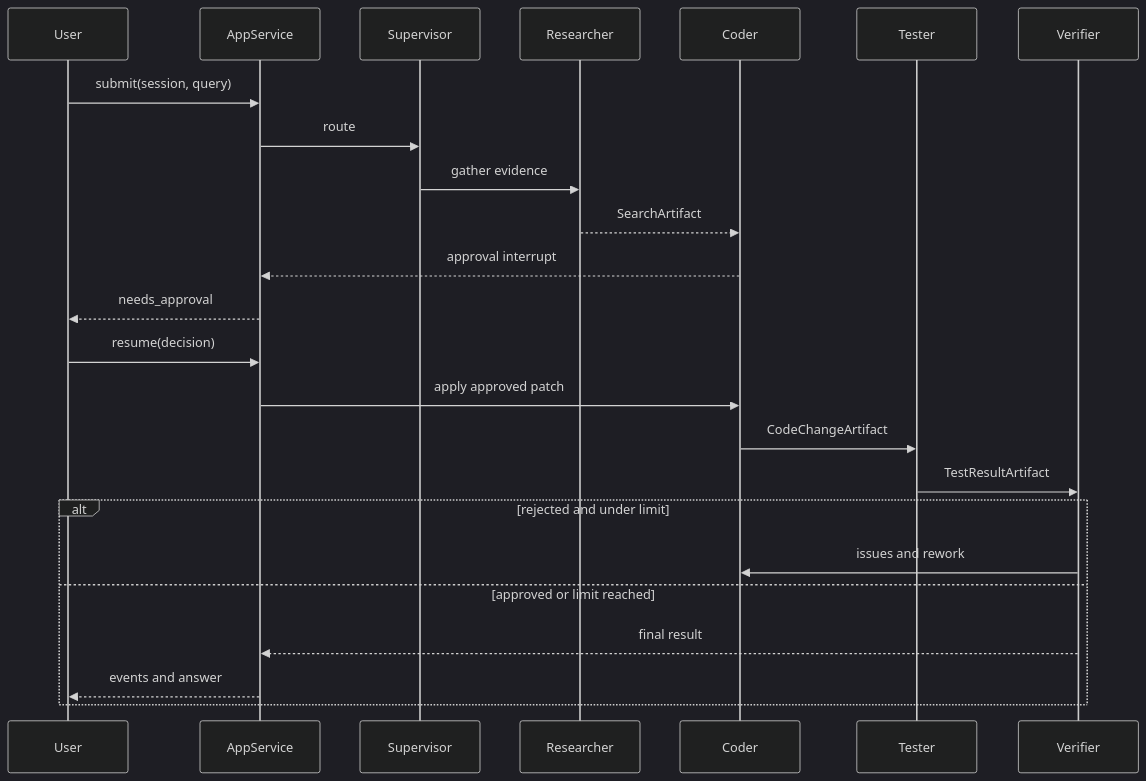
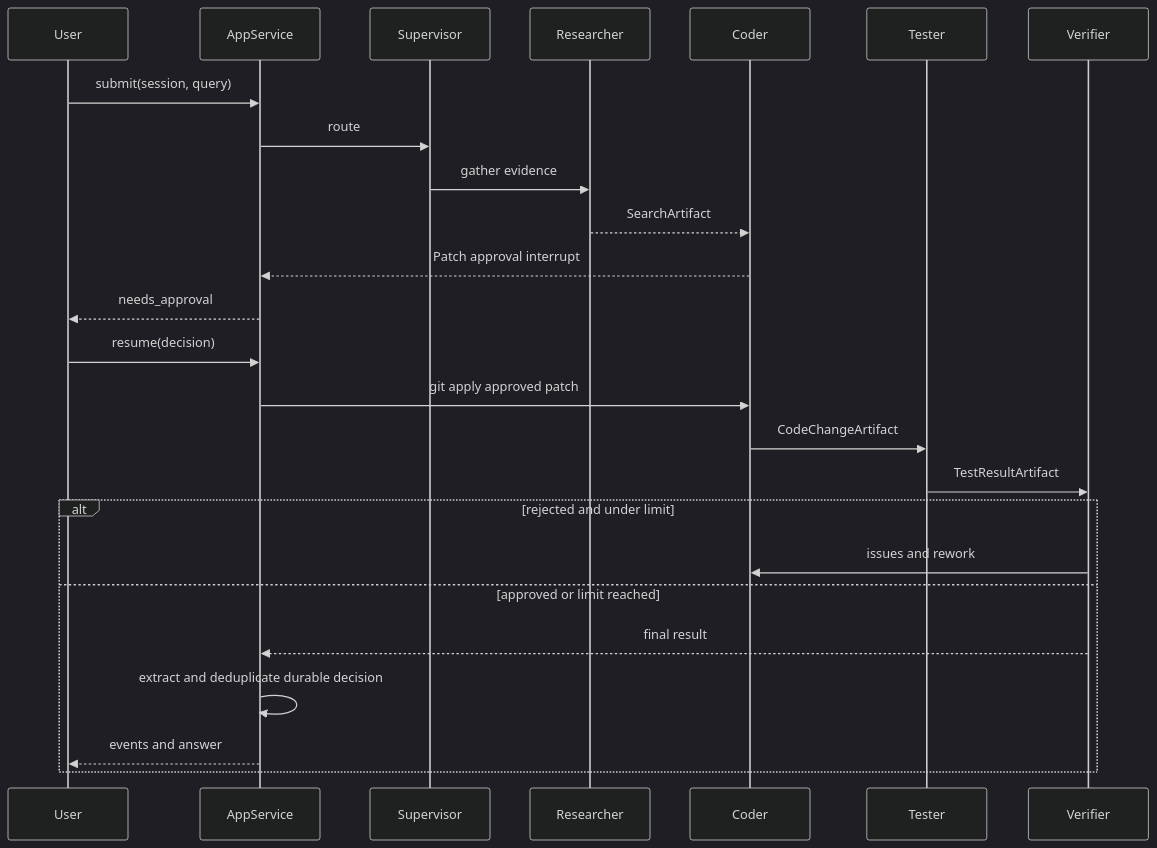
Before and after one commit to zzywy123/java-code-agent: the second of 2 diagrams in docs/ARCHITECTURE.md, drawn with Mermaid (dark theme). The commit also changed other lines of this file and 47 other files, not shown here.

First line of the commit message:
refactor: replace custom patch with git apply, connect build whitelist, fix RAG and session state

````diff
--- a/docs/ARCHITECTURE.md
+++ b/docs/ARCHITECTURE.md
@@ -28,26 +28,27 @@
 ```mermaid
 sequenceDiagram
     participant U as User
     participant A as AppService
     participant S as Supervisor
     participant R as Researcher
     participant C as Coder
     participant T as Tester
     participant V as Verifier
     U->>A: submit(session, query)
     A->>S: route
     S->>R: gather evidence
     R-->>C: SearchArtifact
-    C-->>A: approval interrupt
+    C-->>A: Patch approval interrupt
     A-->>U: needs_approval
     U->>A: resume(decision)
-    A->>C: apply approved patch
+    A->>C: git apply approved patch
     C->>T: CodeChangeArtifact
     T->>V: TestResultArtifact
     alt rejected and under limit
-        V->>C: issues and rework
+    V->>C: issues and rework
     else approved or limit reached
         V-->>A: final result
+        A->>A: extract and deduplicate durable decision
         A-->>U: events and answer
     end
 ```
````
